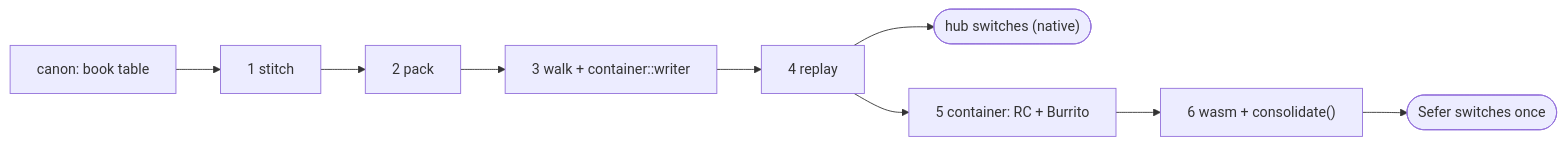
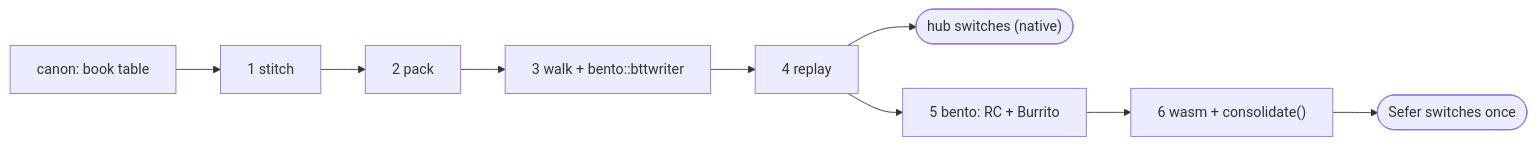
The third of 3 diagrams in planning/items/2026-11-05-writer-consolidation-saves-in-one-git-pack-out.mdx (WycliffeAssociates/scripture-kitchen), drawn with Mermaid before and after one commit. The commit also changed other lines of this file and 1 other file, not shown here.

Commit message:
plan: bento — primary is the WACS repo (as WA's fork enforces), ManifestFinding, yaml-edit for format-preserving edits, wasm core with a TS layer, other kinds later

````diff
--- a/planning/items/2026-11-05-writer-consolidation-saves-in-one-git-pack-out.mdx
+++ b/planning/items/2026-11-05-writer-consolidation-saves-in-one-git-pack-out.mdx
@@ -547,6 +547,6 @@
 ```mermaid
 flowchart LR
-  c1["canon: book table"] --> b1["1 stitch"] --> b2["2 pack"] --> b3["3 walk + container::writer"] --> b4["4 replay"]
+  c1["canon: book table"] --> b1["1 stitch"] --> b2["2 pack"] --> b3["3 walk + bento::bttwriter"] --> b4["4 replay"]
   b4 --> hub(["hub switches (native)"])
-  b4 --> k5["5 container: RC + Burrito"] --> b6["6 wasm + consolidate()"] --> sefer(["Sefer switches once"])
+  b4 --> k5["5 bento: RC + Burrito"] --> b6["6 wasm + consolidate()"] --> sefer(["Sefer switches once"])
 ```
````
